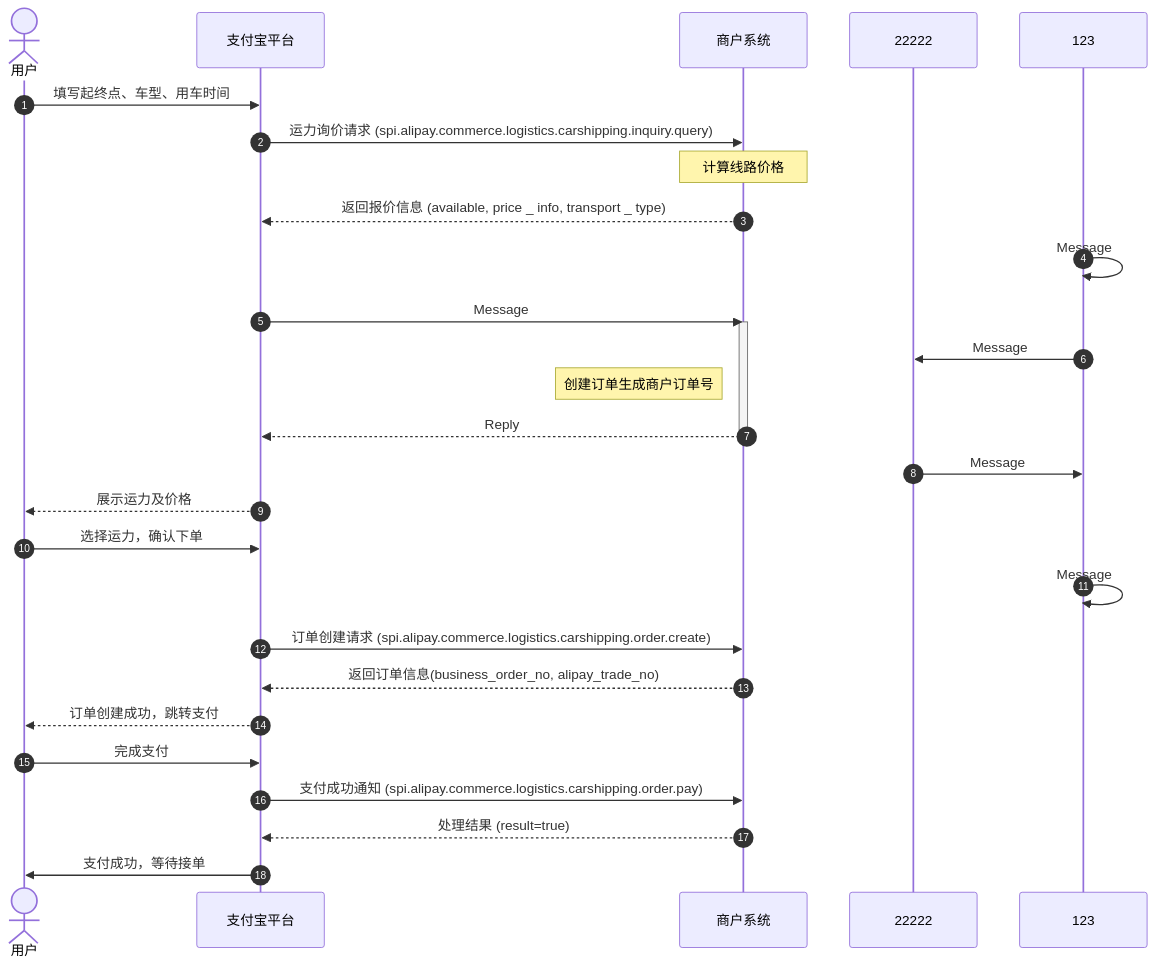
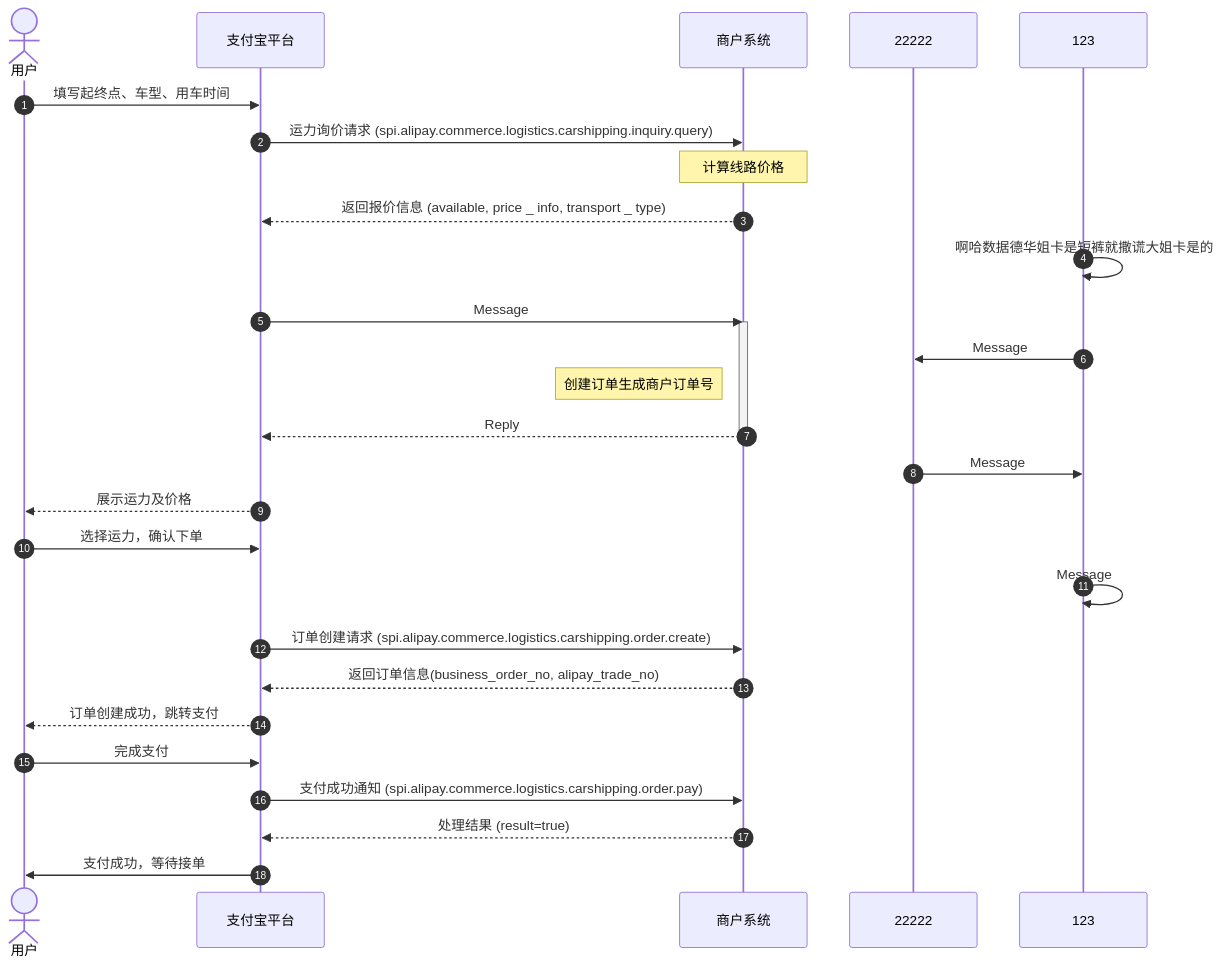
One commit to pingpm/mermaid_vault changed the diagram in notes/test_dba1b258-be6a-414c-9967-aedbcccfa44f.md. Above: the diagram before and after it, drawn with Mermaid. The commit also changed 2 other files, not shown here.

Commit message:
Sync Mermaid Studio data (8 diagrams)

````diff
--- a/notes/test_dba1b258-be6a-414c-9967-aedbcccfa44f.md
+++ b/notes/test_dba1b258-be6a-414c-9967-aedbcccfa44f.md
@@ -3,32 +3,32 @@
 ```mermaid
 sequenceDiagram
   autonumber
   actor p0 as 用户
   participant p1 as 支付宝平台
   participant p2 as 商户系统
   participant p3 as 22222
   participant p4 as 123
   p0->>p1: 填写起终点、⻋型、⽤⻋时间
   p1->>p2: 运⼒询价请求 (spi.alipay.commerce.logistics.carshipping.inquiry.query)
   Note over p2: 计算线路价格
   p2-->>p1: 返回报价信息 (available, price _ info, transport _ type)
-  p4->>p4: Message
+  p4->>p4: 啊哈数据德华姐卡是短裤就撒谎大姐卡是的
   p1->>p2: Message
   activate p2
   p4->>p3: Message
   Note left of p2: 创建订单⽣成商户订单号
   p2-->>p1: Reply
   deactivate p2
   p3->>p4: Message
   p1-->>p0: 展示运⼒及价格
   p0->>p1: 选择运⼒，确认下单
   p4->>p4: Message
   p1->>p2: 订单创建请求 (spi.alipay.commerce.logistics.carshipping.order.create)
   p2-->>p1: 返回订单信息(business_order_no, alipay_trade_no)
   p1-->>p0: 订单创建成功，跳转⽀付
   p0->>p1: 完成⽀付
   p1->>p2: ⽀付成功通知 (spi.alipay.commerce.logistics.carshipping.order.pay)
   p2-->>p1: 处理结果 (result=true)
   p1->>p0: ⽀付成功，等待接单
 
 ```
````
